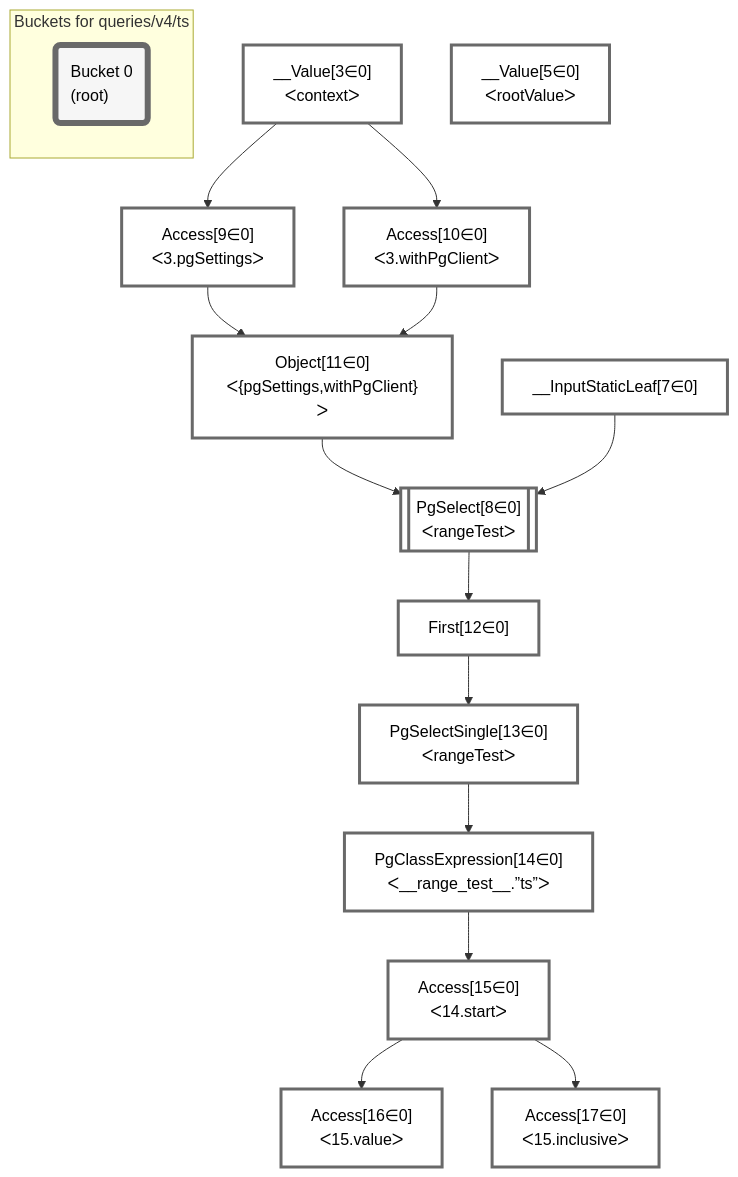
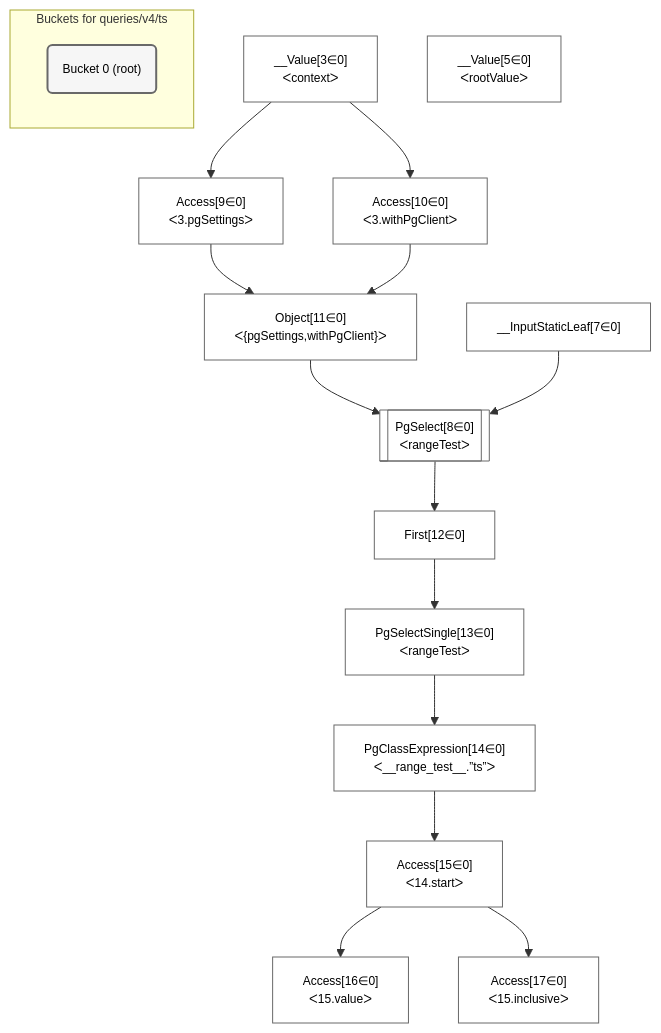
Before and after one commit to graphile/crystal: the diagram in postgraphile/postgraphile/__tests__/queries/v4/ts.mermaid, drawn with Mermaid. The commit also changed 75 other files, not shown here.

Commit message:
Styling tweaks to mermaid snapshots

```diff
--- a/postgraphile/postgraphile/__tests__/queries/v4/ts.mermaid
+++ b/postgraphile/postgraphile/__tests__/queries/v4/ts.mermaid
@@ -1,40 +1,41 @@
+%%{init: {'themeVariables': { 'fontSize': '12px'}}}%%
 graph TD
     classDef path fill:#eee,stroke:#000,color:#000
-    classDef plan fill:#fff,stroke-width:3px,color:#000
-    classDef itemplan fill:#fff,stroke-width:6px,color:#000
-    classDef sideeffectplan fill:#f00,stroke-width:6px,color:#000
-    classDef bucket fill:#f6f6f6,color:#000,stroke-width:6px,text-align:left
+    classDef plan fill:#fff,stroke-width:1px,color:#000
+    classDef itemplan fill:#fff,stroke-width:2px,color:#000
+    classDef sideeffectplan fill:#f00,stroke-width:2px,color:#000
+    classDef bucket fill:#f6f6f6,color:#000,stroke-width:2px,text-align:left
 
 
     %% define steps
     __Value3["__Value[3∈0]<br />ᐸcontextᐳ"]:::plan
     __Value5["__Value[5∈0]<br />ᐸrootValueᐳ"]:::plan
     __InputStaticLeaf7["__InputStaticLeaf[7∈0]"]:::plan
     Access9["Access[9∈0]<br />ᐸ3.pgSettingsᐳ"]:::plan
     Access10["Access[10∈0]<br />ᐸ3.withPgClientᐳ"]:::plan
     Object11["Object[11∈0]<br />ᐸ{pgSettings,withPgClient}ᐳ"]:::plan
     PgSelect8[["PgSelect[8∈0]<br />ᐸrangeTestᐳ"]]:::plan
     First12["First[12∈0]"]:::plan
     PgSelectSingle13["PgSelectSingle[13∈0]<br />ᐸrangeTestᐳ"]:::plan
     PgClassExpression14["PgClassExpression[14∈0]<br />ᐸ__range_test__.”ts”ᐳ"]:::plan
     Access15["Access[15∈0]<br />ᐸ14.startᐳ"]:::plan
     Access16["Access[16∈0]<br />ᐸ15.valueᐳ"]:::plan
     Access17["Access[17∈0]<br />ᐸ15.inclusiveᐳ"]:::plan
 
     %% plan dependencies
     __Value3 --> Access9
     __Value3 --> Access10
     Access9 & Access10 --> Object11
     Object11 & __InputStaticLeaf7 --> PgSelect8
     PgSelect8 --> First12
     First12 --> PgSelectSingle13
     PgSelectSingle13 --> PgClassExpression14
     PgClassExpression14 --> Access15
     Access15 --> Access16
     Access15 --> Access17
 
     subgraph "Buckets for queries/v4/ts"
-    Bucket0("Bucket 0<br />(root)"):::bucket
+    Bucket0("Bucket 0 (root)"):::bucket
     classDef bucket0 stroke:#696969
     class Bucket0,__Value3,__Value5,__InputStaticLeaf7,PgSelect8,Access9,Access10,Object11,First12,PgSelectSingle13,PgClassExpression14,Access15,Access16,Access17 bucket0
     end
```
